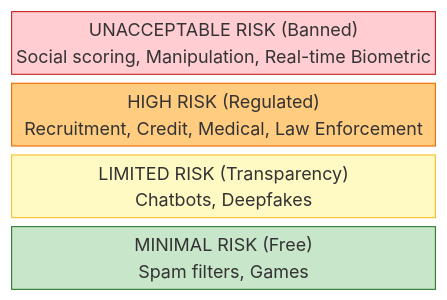
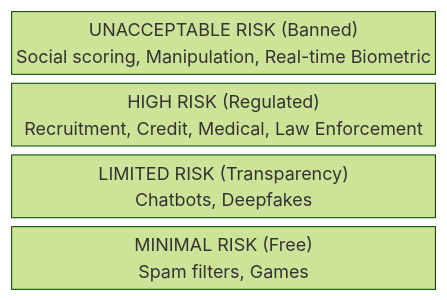
One commit to antonprafanto/dasarAI2026 changed the fifth of 9 diagrams in bab-10-etika.md. Above: the diagram before and after it, drawn with Mermaid (forest theme). The commit also changed other lines of this file and 4 other files, not shown here.

Commit message:
Fix: Remove classDef styling and fix KNN diagram labels

````diff
--- a/bab-10-etika.md
+++ b/bab-10-etika.md
@@ -241,18 +240,13 @@
 ```mermaid
 block-beta
     columns 1
     Unacceptable["UNACCEPTABLE RISK (Banned)<br>Social scoring, Manipulation, Real-time Biometric"]
     High["HIGH RISK (Regulated)<br>Recruitment, Credit, Medical, Law Enforcement"]
     Limited["LIMITED RISK (Transparency)<br>Chatbots, Deepfakes"]
     Minimal["MINIMAL RISK (Free)<br>Spam filters, Games"]
 
-    classDef red fill:#ffcdd2,stroke:#c62828
-    classDef orange fill:#ffcc80,stroke:#ef6c00
-    classDef yellow fill:#fff9c4,stroke:#fbc02d
-    classDef green fill:#c8e6c9,stroke:#2e7d32
-
     class Unacceptable red
     class High orange
     class Limited yellow
     class Minimal green
 ```
````
